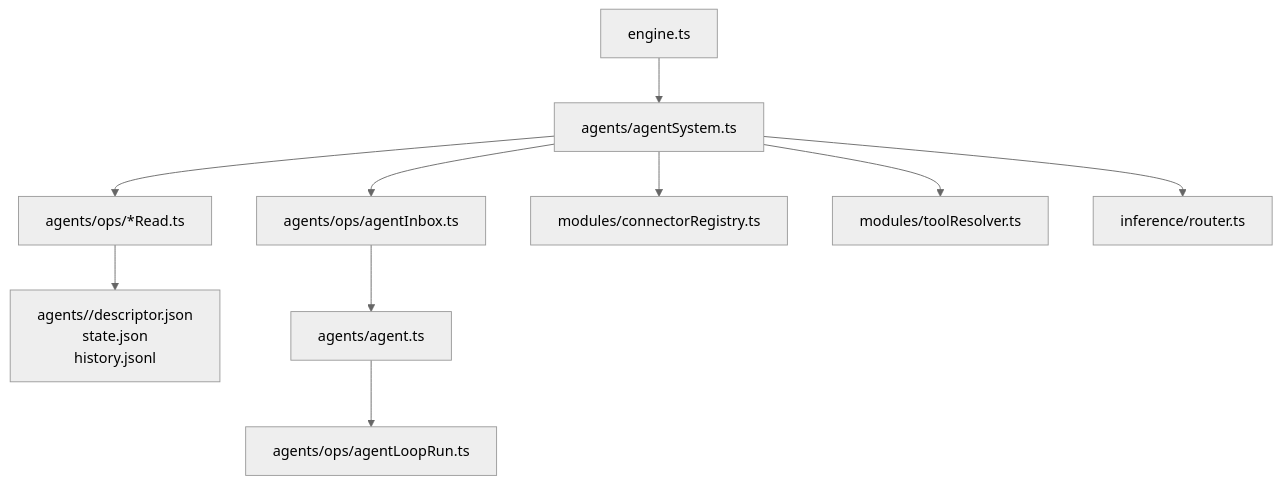
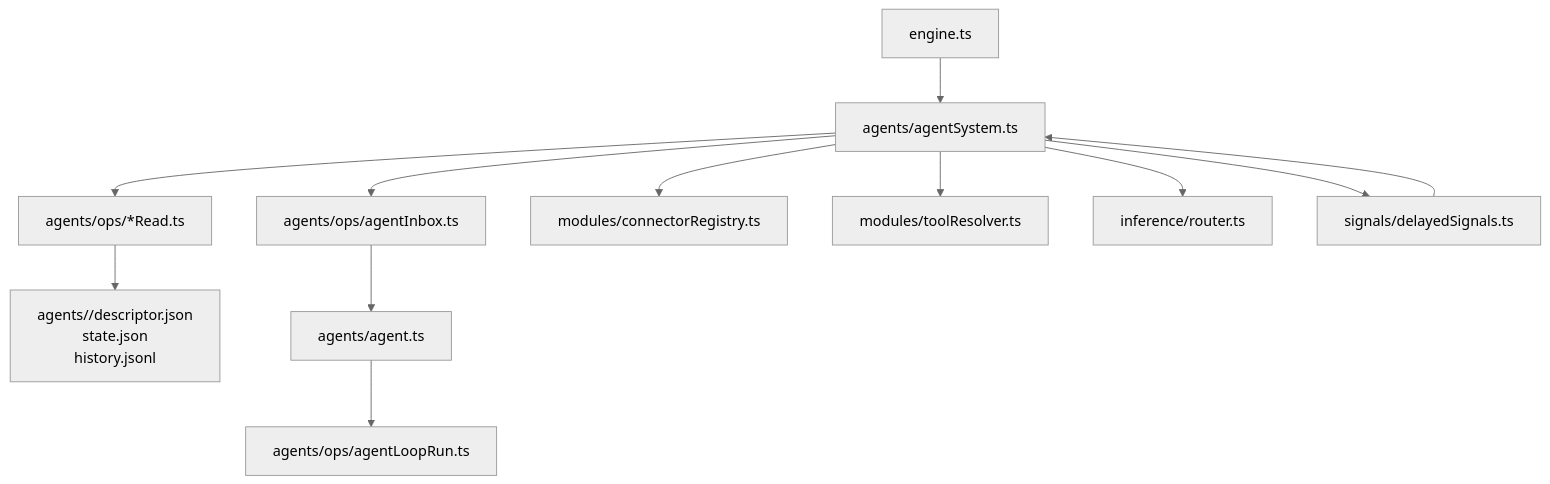
Before and after one commit to ex3ndr/daycare: the diagram in doc/internals/agent-system.md, drawn with Mermaid (neutral theme). The commit also changed other lines of this file and 16 other files, not shown here.

````diff
--- a/doc/internals/agent-system.md
+++ b/doc/internals/agent-system.md
@@ -13,14 +14,16 @@
 ```mermaid
 flowchart TD
   Engine[engine.ts] --> AgentSystem[agents/agentSystem.ts]
   AgentSystem --> Ops[agents/ops/*Read.ts]
   Ops --> Store[agents/<id>/descriptor.json
 state.json
 history.jsonl]
   AgentSystem --> Inbox[agents/ops/agentInbox.ts]
   Inbox --> Agent[agents/agent.ts]
   Agent --> Loop[agents/ops/agentLoopRun.ts]
   AgentSystem --> Connectors[modules/connectorRegistry.ts]
   AgentSystem --> Tools[modules/toolResolver.ts]
   AgentSystem --> Inference[inference/router.ts]
+  AgentSystem --> Delayed[signals/delayedSignals.ts]
+  Delayed --> AgentSystem
 ```
````
